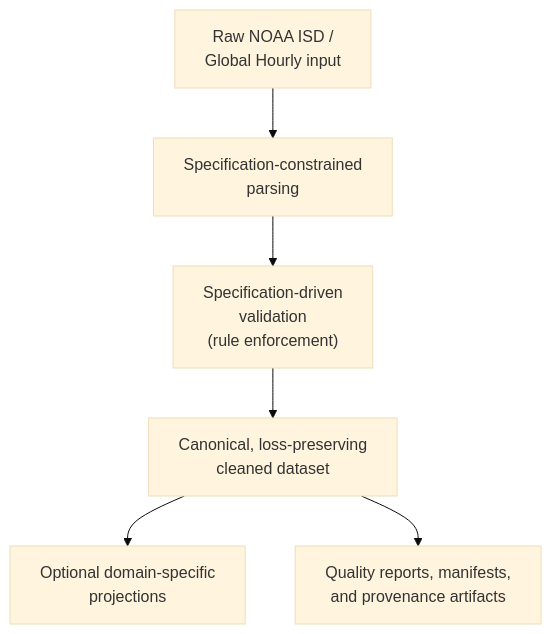
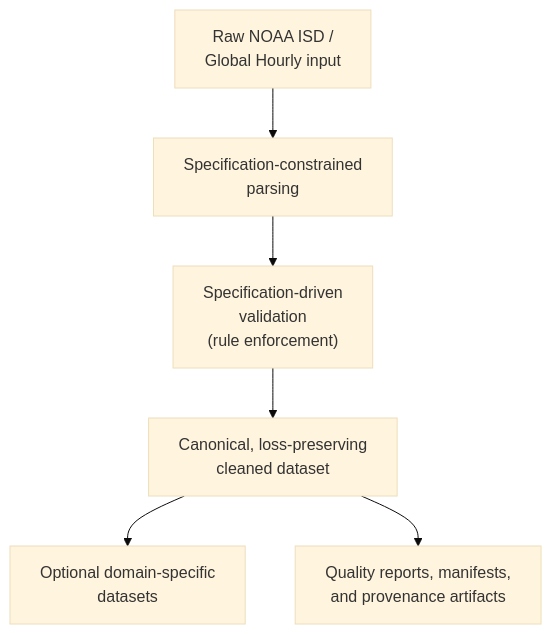
One commit to balajikesavan90/noaa-spec changed the diagram in README.md. Above: the diagram before and after it, drawn with Mermaid (base theme). The commit also changed other lines of this file and 8 other files, not shown here.

Commit message:
fix: Update terminology from "projections" to "datasets" for clarity in documentation and code comments

````diff
--- a/README.md
+++ b/README.md
@@ -7,13 +7,13 @@
 ```mermaid
 flowchart TB
     A["Raw NOAA ISD /<br/>Global Hourly input"]
     B["Specification-constrained<br/>parsing"]
     C["Specification-driven<br/>validation<br/>(rule enforcement)"]
     D["Canonical, loss-preserving<br/>cleaned dataset"]
-    E["Optional domain-specific<br/>projections"]
+    E["Optional domain-specific<br/>datasets"]
     F["Quality reports, manifests,<br/>and provenance artifacts"]
 
     A --> B --> C --> D
     D --> E
     D --> F
 ```
````
